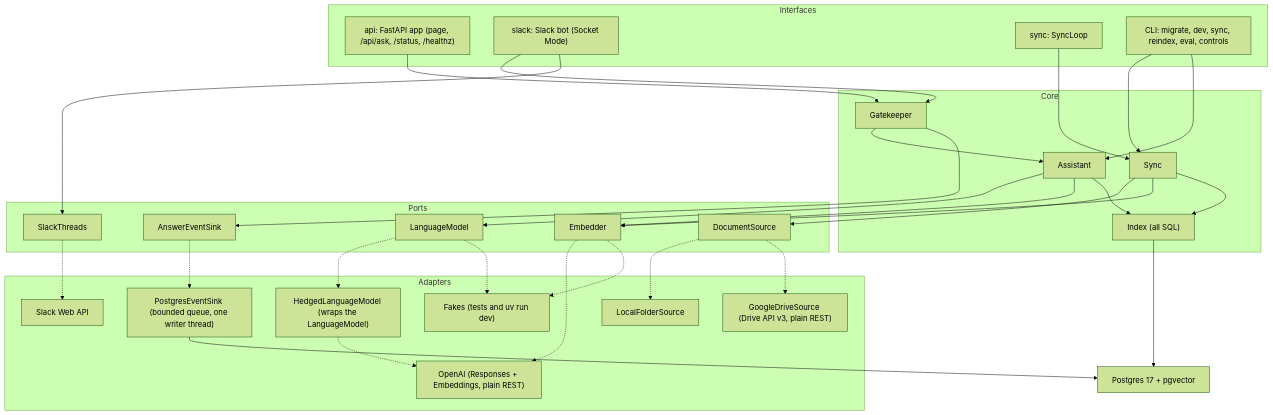
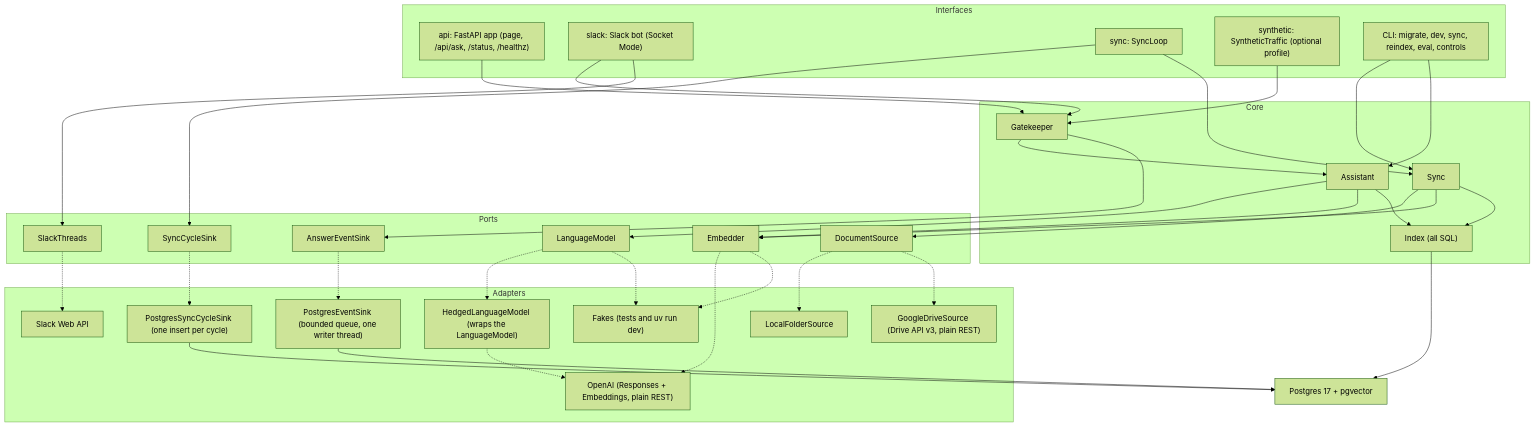
One commit to TayebKahia/grounded-docs changed the first of 5 diagrams in ARCHITECTURE.md. Above: the diagram before and after it, drawn with Mermaid (forest theme). The commit also changed other lines of this file and 5 other files, not shown here.

````diff
--- a/ARCHITECTURE.md
+++ b/ARCHITECTURE.md
@@ -31,58 +36,65 @@
 ```mermaid
 flowchart TB
     subgraph "Interfaces"
         API["api: FastAPI app (page, /api/ask, /status, /healthz)"]
         SLACK["slack: Slack bot (Socket Mode)"]
         SYNCSVC["sync: SyncLoop"]
+        SYNSVC["synthetic: SyntheticTraffic (optional profile)"]
         CLI["CLI: migrate, dev, sync, reindex, eval, controls"]
     end
     subgraph "Core"
         GATE["Gatekeeper"]
         ASSIST["Assistant"]
         SYNC["Sync"]
         INDEX["Index (all SQL)"]
     end
     subgraph "Ports"
         LM["LanguageModel"]
         EMB["Embedder"]
         SRC["DocumentSource"]
         THREADS["SlackThreads"]
         SINK["AnswerEventSink"]
+        CYCLES["SyncCycleSink"]
     end
     subgraph "Adapters"
         OAI["OpenAI (Responses + Embeddings, plain REST)"]
         HEDGE["HedgedLanguageModel (wraps the LanguageModel)"]
         LOCAL["LocalFolderSource"]
         DRIVE["GoogleDriveSource (Drive API v3, plain REST)"]
         SLACKAPI["Slack Web API"]
         FAKES["Fakes (tests and uv run dev)"]
         QUEUED["PostgresEventSink (bounded queue, one writer thread)"]
+        CYCLEPG["PostgresSyncCycleSink (one insert per cycle)"]
     end
     PG["Postgres 17 + pgvector"]
 
     API --> GATE
     SLACK --> GATE
+    SYNSVC --> GATE
+    SYNCSVC --> CYCLES
+    CYCLES -.-> CYCLEPG
+    CYCLEPG --> PG
     GATE --> ASSIST
     GATE --> SINK
     SLACK --> THREADS
     SYNCSVC --> SYNC
     CLI --> SYNC
     CLI --> ASSIST
     ASSIST --> LM
     ASSIST --> EMB
     ASSIST --> INDEX
     SYNC --> SRC
     SYNC --> EMB
     SYNC --> INDEX
     INDEX --> PG
     LM -.-> HEDGE
     HEDGE -.-> OAI
     EMB -.-> OAI
     SRC -.-> LOCAL
     SRC -.-> DRIVE
     THREADS -.-> SLACKAPI
     LM -.-> FAKES
     EMB -.-> FAKES
     SINK -.-> QUEUED
     QUEUED --> PG
 ```
````
